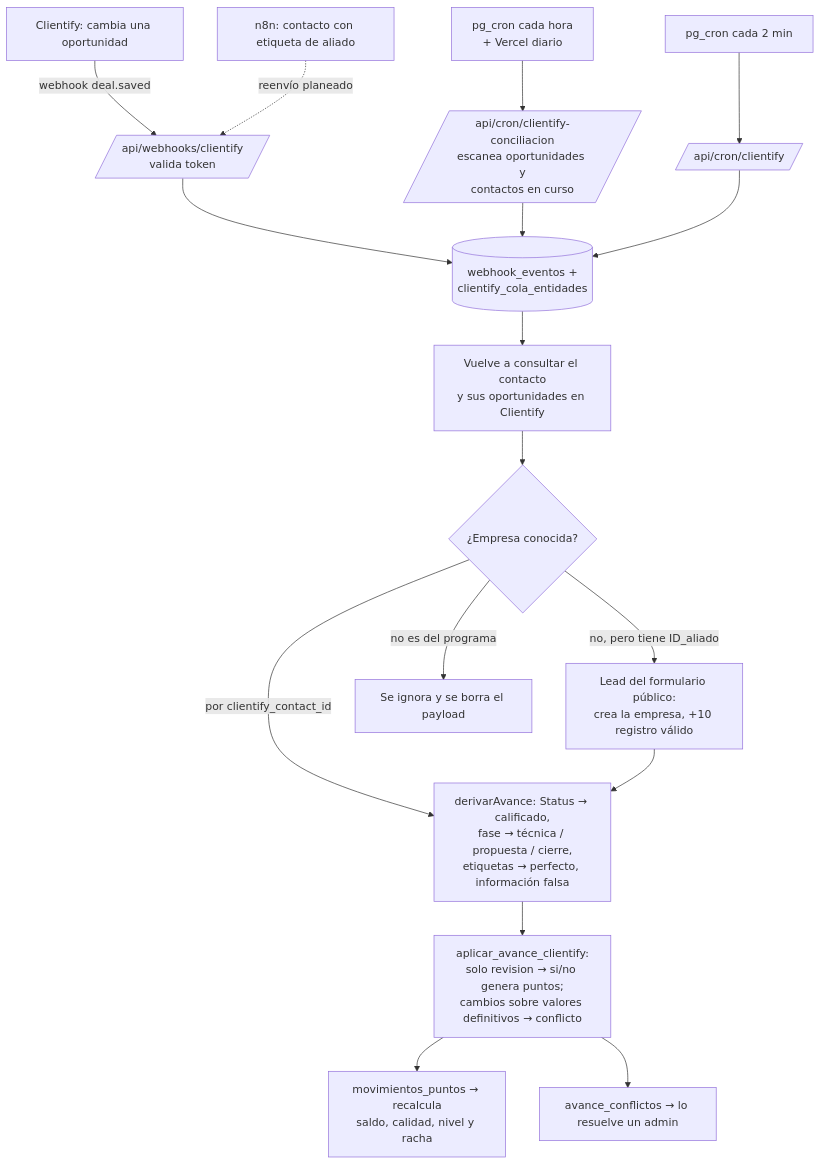
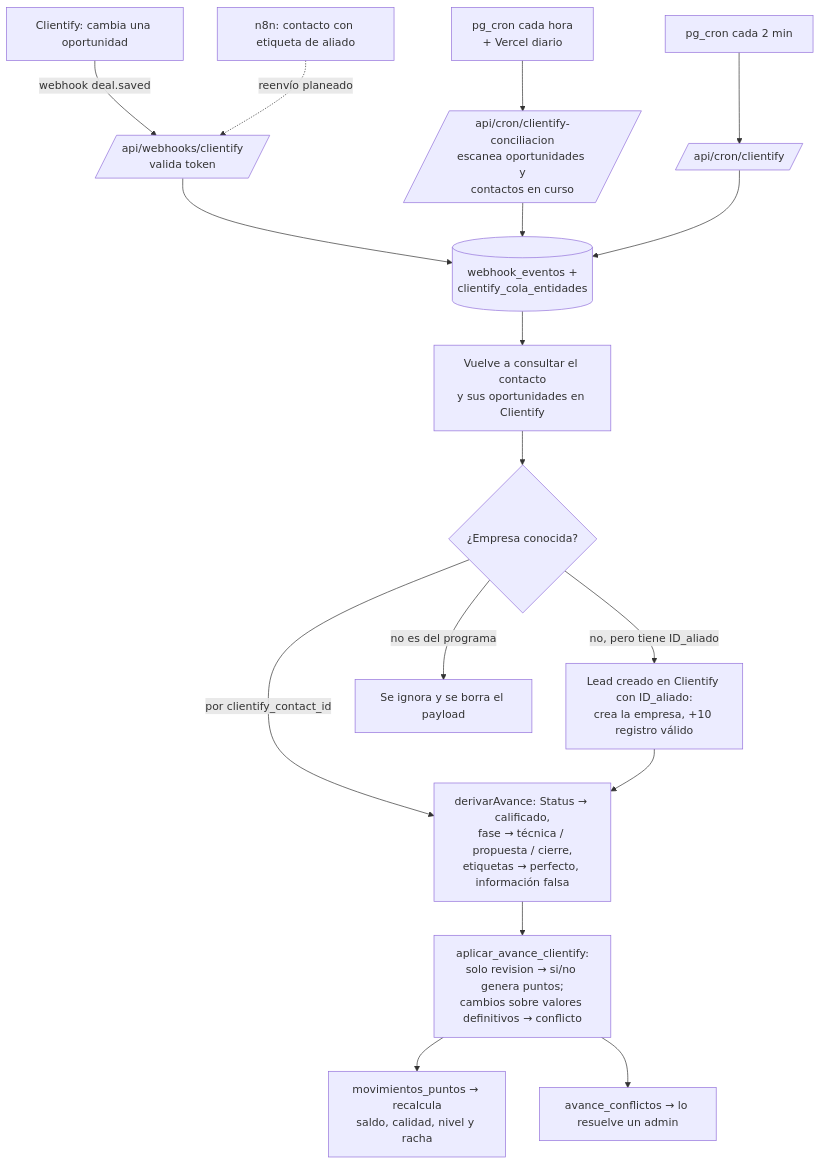
One commit to jmanurodri04-glitch/Aliados-del-sol-hub changed the fifth of 10 diagrams in docs/GUIA_HUB.md. Above: the diagram before and after it, drawn with Mermaid. The commit also changed other lines of this file and 1 other file, not shown here.

First line of the commit message:
Documentación del formulario público de referidos

````diff
--- a/docs/GUIA_HUB.md
+++ b/docs/GUIA_HUB.md
@@ -286,19 +317,19 @@
 ```mermaid
 flowchart TD
   CL[Clientify: cambia una oportunidad] -->|webhook deal.saved| WH[/api/webhooks/clientify<br/>valida token/]
   N8N[n8n: contacto con etiqueta de aliado] -.->|reenvío planeado| WH
   WH --> Q[(webhook_eventos +<br/>clientify_cola_entidades)]
   CRON[pg_cron cada 2 min] --> P[/api/cron/clientify/]
   CONC[pg_cron cada hora<br/>+ Vercel diario] --> C2[/api/cron/clientify-conciliacion<br/>escanea oportunidades y<br/>contactos en curso/]
   C2 --> Q
   P --> Q
   Q --> R[Vuelve a consultar el contacto<br/>y sus oportunidades en Clientify]
   R --> E{¿Empresa conocida?}
   E -->|por clientify_contact_id| D[derivarAvance: Status → calificado,<br/>fase → técnica / propuesta / cierre,<br/>etiquetas → perfecto, información falsa]
-  E -->|no, pero tiene ID_aliado| L[Lead del formulario público:<br/>crea la empresa, +10 registro válido]
+  E -->|no, pero tiene ID_aliado| L[Lead creado en Clientify con ID_aliado:<br/>crea la empresa, +10 registro válido]
   E -->|no es del programa| X[Se ignora y se borra el payload]
   L --> D
   D --> AV[aplicar_avance_clientify:<br/>solo revision → si/no genera puntos;<br/>cambios sobre valores definitivos → conflicto]
   AV --> M[movimientos_puntos → recalcula<br/>saldo, calidad, nivel y racha]
   AV --> K[avance_conflictos → lo resuelve un admin]
 ```
````
